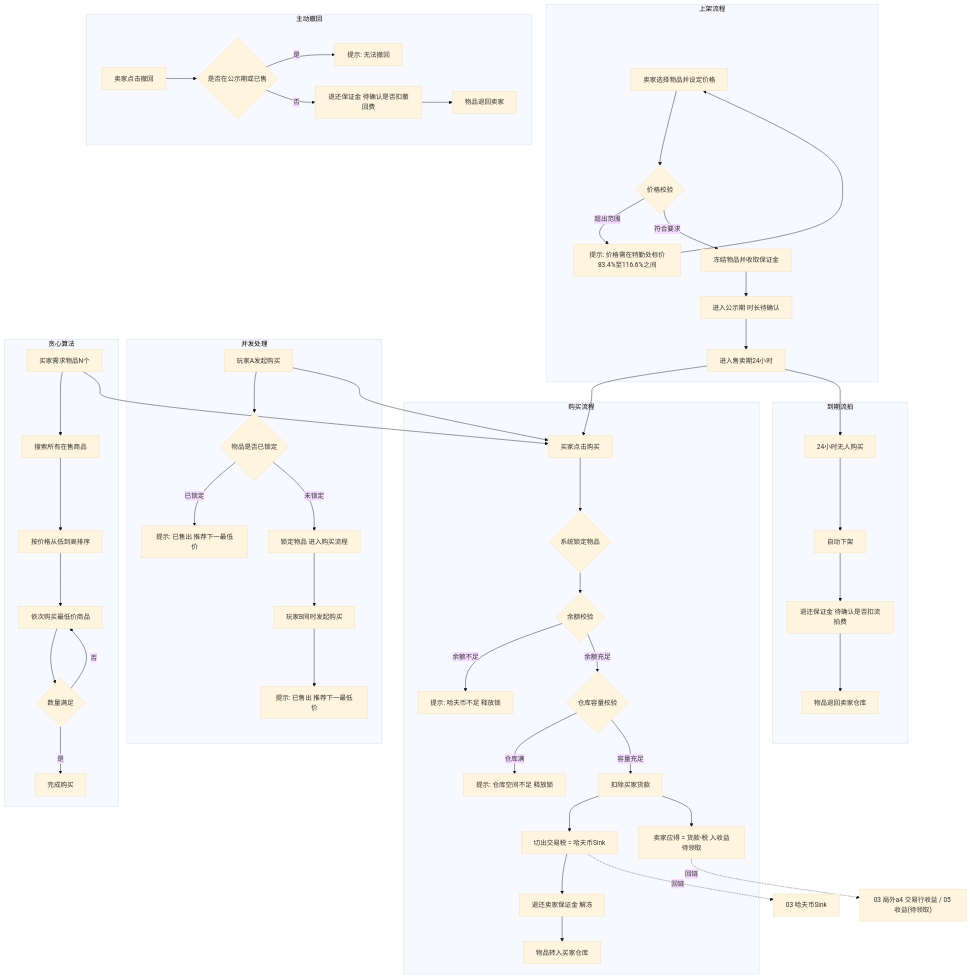
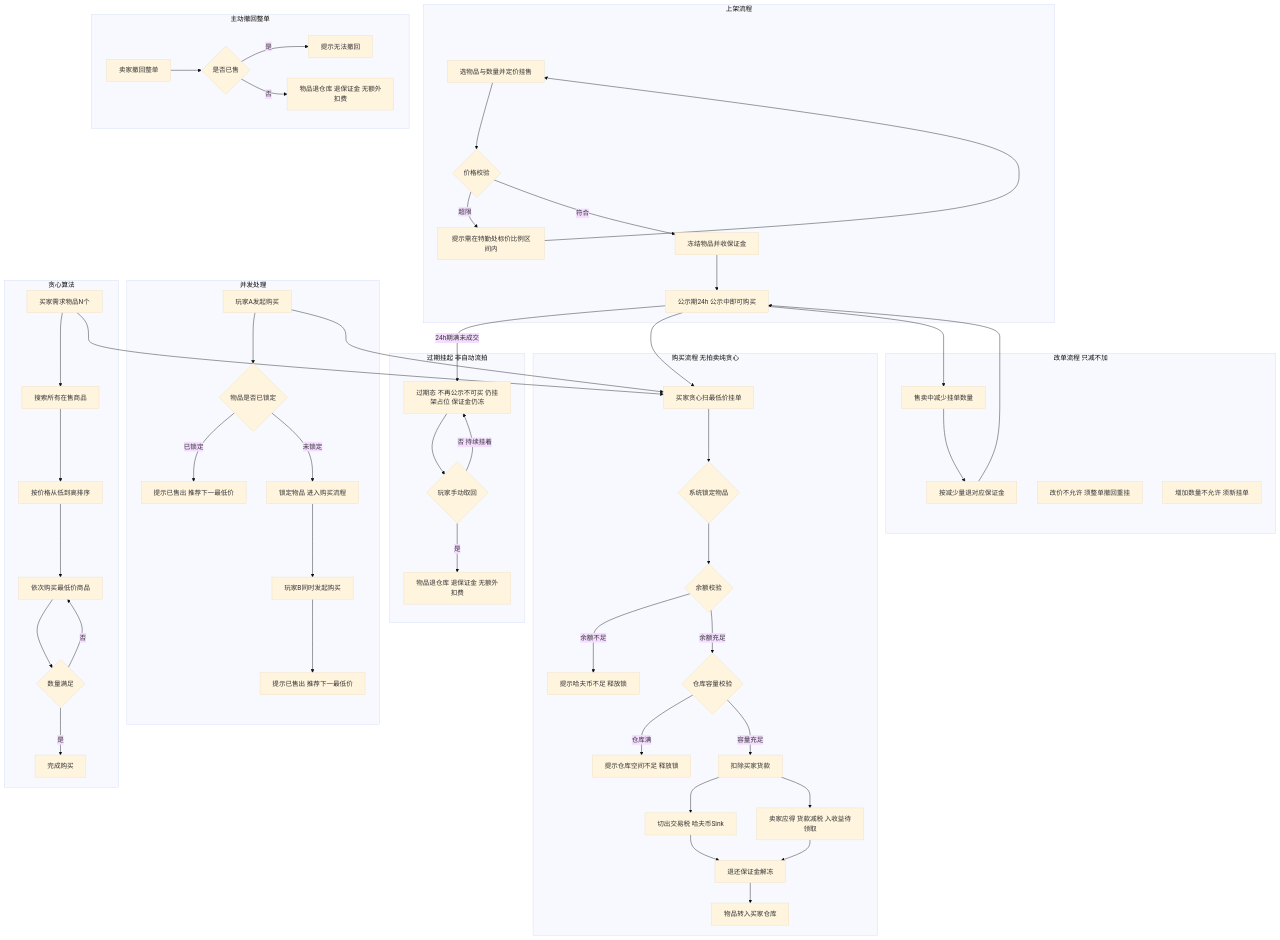
Before and after one commit to KSLJawa/GMDSer: the diagram in 经济系统设计/06-交易行-流程循环.md, drawn with Mermaid (base theme). The commit also changed other lines of this file and 12 other files, not shown here.

````diff
--- a/经济系统设计/06-交易行-流程循环.md
+++ b/经济系统设计/06-交易行-流程循环.md
@@ -1,58 +23,60 @@
 ```mermaid
 flowchart TD
-     %% 订正注：图中 2%税/5%保证金 为结构占位，实测≈10-11%税/3-4%保证金/15%手续费，逐物品+动态，见05机制2。
-     %% 待统一注：流拍/撤回"待确认扣费"与05机制5"无惩罚"冲突，见tracker C2。
+     %% 已结案：过期态保证金仍冻结；挂单后只减不加，加货须新挂单；无拍卖纯贪心。
      subgraph 上架流程
-         A1[卖家选择物品并设定价格] --> A2{价格校验}
-         A2 -- 超出范围 --> A3[提示: 价格需在特勤处标价83.4%至116.6%之间]
+         A1[选物品与数量并定价挂售] --> A2{价格校验}
+         A2 -- 超限 --> A3[提示需在特勤处标价比例区间内]
          A3 --> A1
-         A2 -- 符合要求 --> A4[冻结物品并收取保证金]
-         A4 --> A5[进入公示期 时长待确认]
-         A5 --> A6[进入售卖期24小时]
+         A2 -- 符合 --> A4[冻结物品并收保证金]
+         A4 --> A5[公示期24h 公示中即可购买]
      end
-     subgraph 购买流程
-         B1[买家点击购买] --> B2{系统锁定物品}
+     subgraph 购买流程 无拍卖纯贪心
+         B1[买家贪心扫最低价挂单] --> B2{系统锁定物品}
          B2 --> B3{余额校验}
-         B3 -- 余额不足 --> B4[提示: 哈夫币不足 释放锁]
+         B3 -- 余额不足 --> B4[提示哈夫币不足 释放锁]
          B3 -- 余额充足 --> B5{仓库容量校验}
-         B5 -- 仓库满 --> B6[提示: 仓库空间不足 释放锁]
+         B5 -- 仓库满 --> B6[提示仓库空间不足 释放锁]
          B5 -- 容量充足 --> B7[扣除买家货款]
-         B7 --> B8[切出交易税 = 哈夫币Sink]
-         B7 --> B12[卖家应得 = 货款-税 入收益待领取]
-         B8 --> B9[退还卖家保证金 解冻]
-         B9 --> B10[物品转入买家仓库]
+         B7 --> B8[切出交易税 哈夫币Sink]
+         B7 --> B9[卖家应得 货款减税 入收益待领取]
+         B8 --> B10[退还保证金解冻]
+         B9 --> B10
+         B10 --> B11[物品转入买家仓库]
+     end
+     subgraph 改单流程 只减不加
+         G1[售卖中减少挂单数量] --> G2[按减少量退对应保证金]
+         G2 --> A5
+         G3[改价不允许 须整单撤回重挂]
+         G4[增加数量不允许 须新挂单]
      end
      subgraph 并发处理
          C1[玩家A发起购买] --> C2{物品是否已锁定}
-         C2 -- 已锁定 --> C3[提示: 已售出 推荐下一最低价]
+         C2 -- 已锁定 --> C3[提示已售出 推荐下一最低价]
          C2 -- 未锁定 --> C4[锁定物品 进入购买流程]
          C4 --> C5[玩家B同时发起购买]
-         C5 --> C6[提示: 已售出 推荐下一最低价]
+         C5 --> C6[提示已售出 推荐下一最低价]
      end
      subgraph 贪心算法
          D1[买家需求物品N个] --> D2[搜索所有在售商品]
          D2 --> D3[按价格从低到高排序]
          D3 --> D4[依次购买最低价商品]
          D4 --> D5{数量满足}
          D5 -- 否 --> D4
          D5 -- 是 --> D6[完成购买]
      end
-     subgraph 到期流拍
-         E1[24小时无人购买] --> E2[自动下架]
-         E2 --> E3[退还保证金 待确认是否扣流拍费]
-         E3 --> E4[物品退回卖家仓库]
+     subgraph 过期挂起 非自动流拍
+         A5 -- 24h期满未成交 --> EX1[过期态 不再公示不可买 仍挂架占位 保证金仍冻]
+         EX1 --> EX2{玩家手动取回}
+         EX2 -- 否 持续挂着 --> EX1
+         EX2 -- 是 --> EX3[物品退仓库 退保证金 无额外扣费]
      end
-     subgraph 主动撤回
-         F1[卖家点击撤回] --> F2{是否在公示期或已售}
-         F2 -- 是 --> F3[提示: 无法撤回]
-         F2 -- 否 --> F4[退还保证金 待确认是否扣撤回费]
-         F4 --> F5[物品退回卖家]
+     subgraph 主动撤回整单
+         F1[卖家撤回整单] --> F2{是否已售}
+         F2 -- 是 --> F3[提示无法撤回]
+         F2 -- 否 --> F4[物品退仓库 退保证金 无额外扣费]
      end
-     %% 改单流程：06原图缺失，功能清单有"修改挂单价格/数量"，涉及保证金/公示期重算，待补，见tracker E。
-     A6 --> B1
-     A6 --> E1
+     A5 --> B1
+     A5 --> G1
      C1 --> B1
      D1 --> B1
-     B12 -. 回链 .-> Z1["03 局外a4 交易行收益 / 05 收益(待领取)"]
-     B8 -. 回链 .-> Z2["03 哈夫币Sink"]
 ```
````
